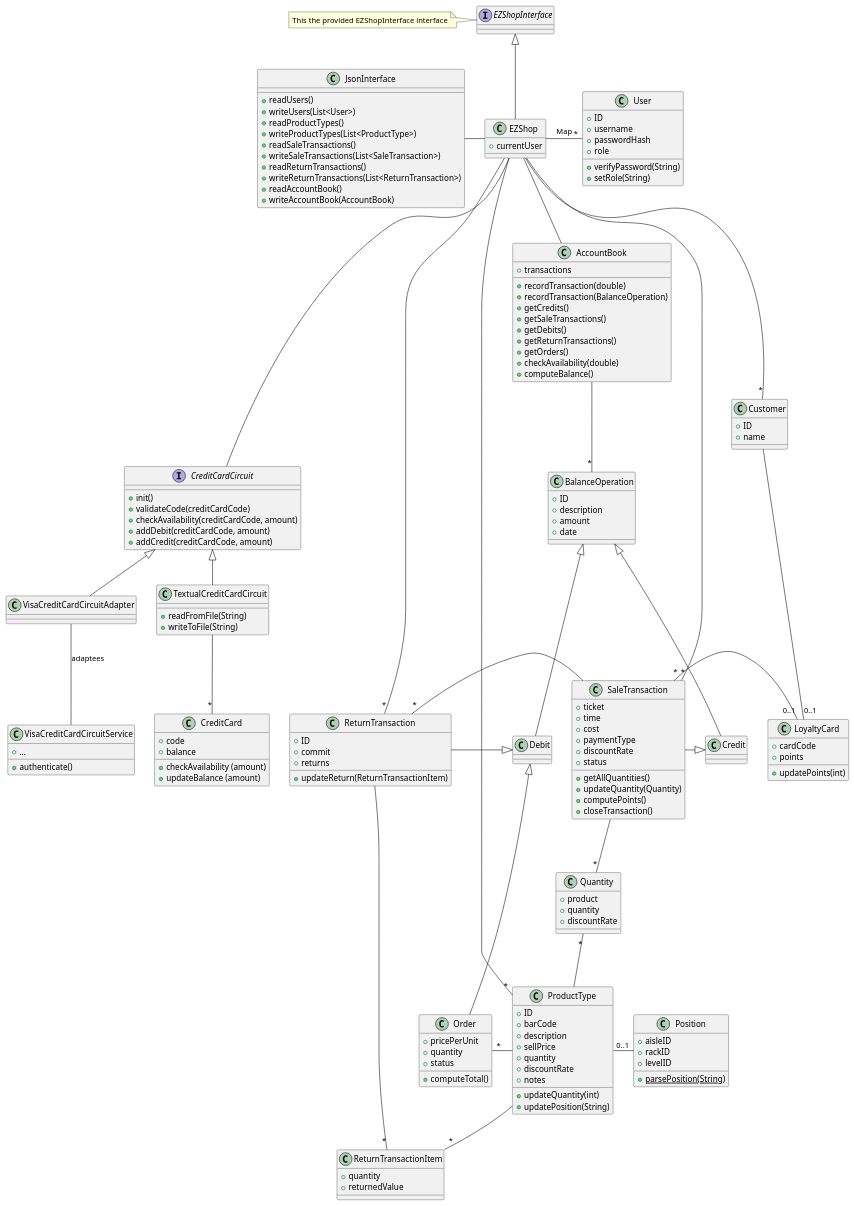
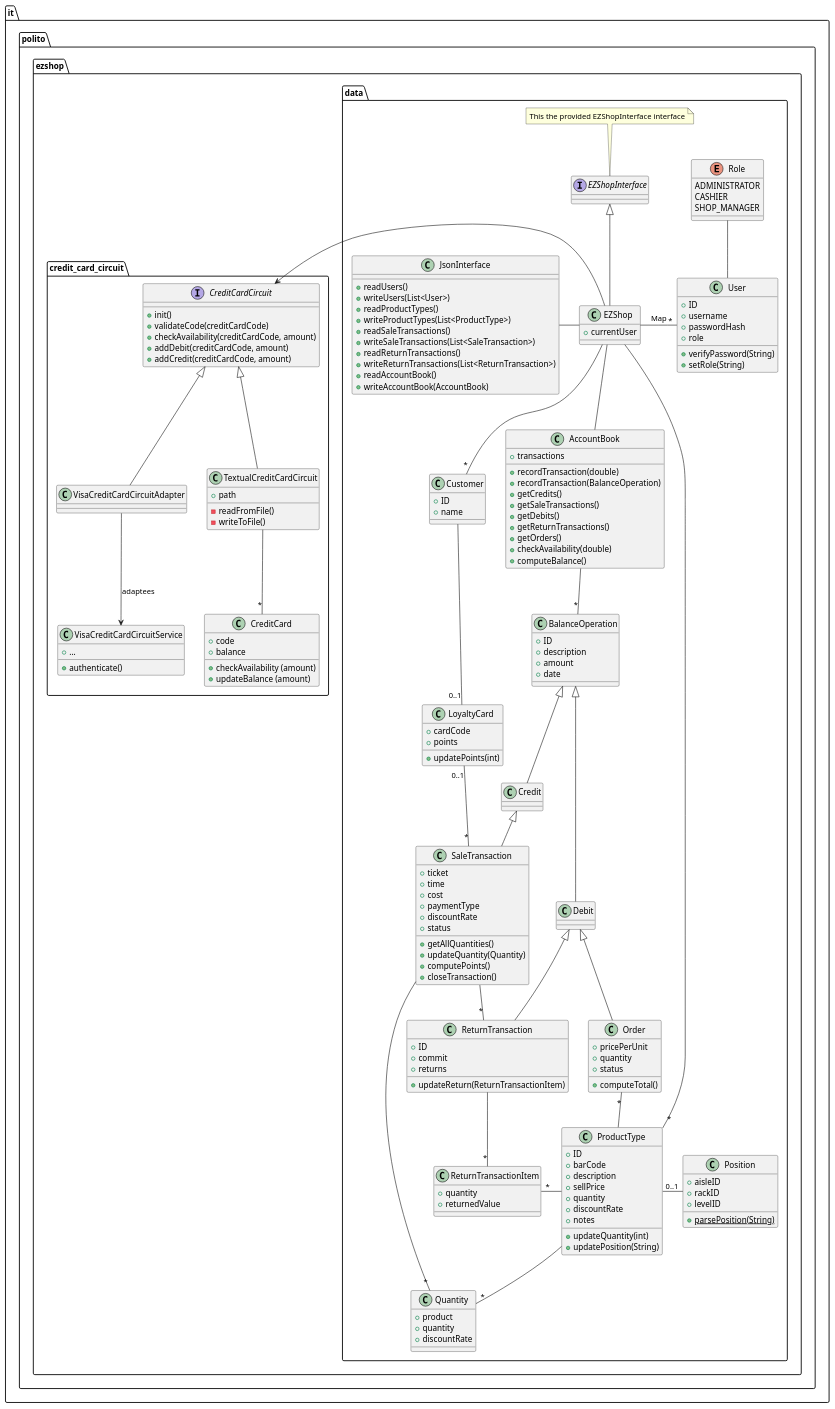
The third of 13 diagrams in Deliverables/DesignDocument.md (polito-se2-21-r03/se1-ezshop), drawn with PlantUML before and after one commit. The commit also changed other lines of this file, not shown here.

Commit message:
Fixed the layout of the low level design and introduction of the credit_card_circuit package

````diff
--- a/Deliverables/DesignDocument.md
+++ b/Deliverables/DesignDocument.md
@@ -102,11 +104,12 @@
 ```plantuml
 
+package it.polito.ezshop.data {
 interface EZShopInterface {
 }
 
 note "This the provided EZShopInterface interface" as n
 
-n - EZShopInterface
+n -down- EZShopInterface
 
 class EZShop {
     + currentUser
@@ -131,8 +134,6 @@
 
 EZShop -right- "*" User : "Map"
 EZShop -- AccountBook
-EZShop -- "*" SaleTransaction
-EZShop -- "*" ReturnTransaction
 EZShop -down--- "*" ProductType
 
 class User {
@@ -143,6 +144,14 @@
     + verifyPassword(String)
     + setRole(String)
 }
+
+enum Role {
+    ADMINISTRATOR
+    CASHIER
+    SHOP_MANAGER
+}
+
+User -up- Role
 
 class ProductType {
     + ID
@@ -172,7 +181,7 @@
     + computeTotal()
 }
 
-Order "*" - ProductType
+Order "*" -down- ProductType
 
 
 class LoyaltyCard {
@@ -210,13 +219,13 @@
     + discountRate
 }
 
-SaleTransaction -- "*" Quantity
+SaleTransaction -right- "*" Quantity
 
 /' (SaleTransaction, ProductType)  .. Quantity '/
 
-SaleTransaction "*" -right- "0..1" LoyaltyCard
+SaleTransaction "*" -up- "0..1" LoyaltyCard
 
-Quantity "*" -- ProductType
+Quantity "*" -up- ProductType
 
 class ReturnTransaction {
     + ID
@@ -232,17 +241,8 @@
 
 ReturnTransaction -down- "*" ReturnTransactionItem
 
-ReturnTransaction "*" - SaleTransaction
-ReturnTransactionItem "*" -up- ProductType
-
-/'
-CreditCard cc = CreditCard.fromCode("xxx");
-if (cc != null) {
-    // credit card is valid
-}'/
-
-/' SaleTransaction - "0..1" CreditCard '/
-
+ReturnTransaction "*" -up- SaleTransaction
+ReturnTransactionItem "*" -right- ProductType
 
 class AccountBook {
     + transactions
@@ -269,50 +269,54 @@
 class Debit
 class Credit
 
-Debit --up-|> BalanceOperation
-Credit --up-|> BalanceOperation
+Debit -up-|> BalanceOperation
+Credit -up-|> BalanceOperation
 
 class Order
 
-Order ---up-|> Debit
+Order -up-|> Debit
 
-SaleTransaction -|> Credit
-ReturnTransaction -|> Debit
-
-interface CreditCardCircuit {
-    + init()
-    + validateCode(creditCardCode)
-    + checkAvailability(creditCardCode, amount)
-    + addDebit(creditCardCode, amount)
-    + addCredit(creditCardCode, amount)
+SaleTransaction -up-|> Credit
+ReturnTransaction -up-|> Debit
 }
 
-CreditCardCircuit -up-- EZShop
+package it.polito.ezshop.credit_card_circuit {
+    interface CreditCardCircuit {
+        + init()
+        + validateCode(creditCardCode)
+        + checkAvailability(creditCardCode, amount)
+        + addDebit(creditCardCode, amount)
+        + addCredit(creditCardCode, amount)
+    }
 
-class TextualCreditCardCircuit {
-    + readFromFile(String)
-    + writeToFile(String)
+    CreditCardCircuit <-right- EZShop
+
+    class TextualCreditCardCircuit {
+        + path
+        - readFromFile()
+        - writeToFile()
+    }
+
+    class CreditCard {
+        + code
+        + balance
+        + checkAvailability (amount)
+        + updateBalance (amount)
+    }
+
+    CreditCard "*" -up- TextualCreditCardCircuit
+
+    class VisaCreditCardCircuitAdapter {}
+
+    TextualCreditCardCircuit -up-|> CreditCardCircuit
+    VisaCreditCardCircuitAdapter -up-|> CreditCardCircuit
+
+    class VisaCreditCardCircuitService {
+        + authenticate()
+        + ...
+    }
+
+    VisaCreditCardCircuitService <-up- VisaCreditCardCircuitAdapter : "adaptees"
 }
 
-class CreditCard {
-    + code
-    + balance
-    + checkAvailability (amount)
-    + updateBalance (amount)
-}
-
-CreditCard "*" -up- TextualCreditCardCircuit
-
-class VisaCreditCardCircuitAdapter {}
-
-TextualCreditCardCircuit -up-|> CreditCardCircuit
-VisaCreditCardCircuitAdapter -up-|> CreditCardCircuit
-
-class VisaCreditCardCircuitService {
-    + authenticate()
-    + ...
-}
-
-VisaCreditCardCircuitService -up- VisaCreditCardCircuitAdapter : "adaptees"
-
 ```
````
